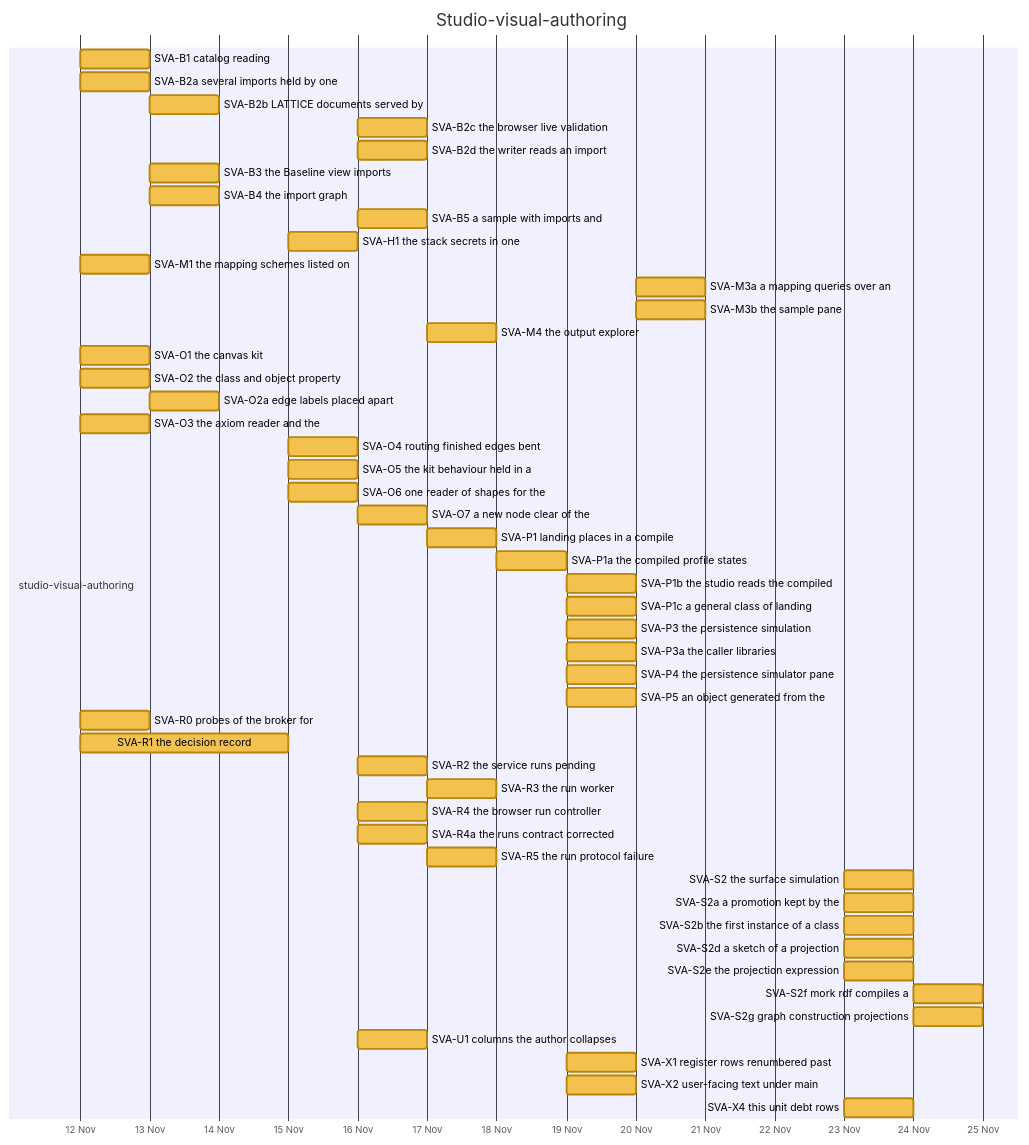
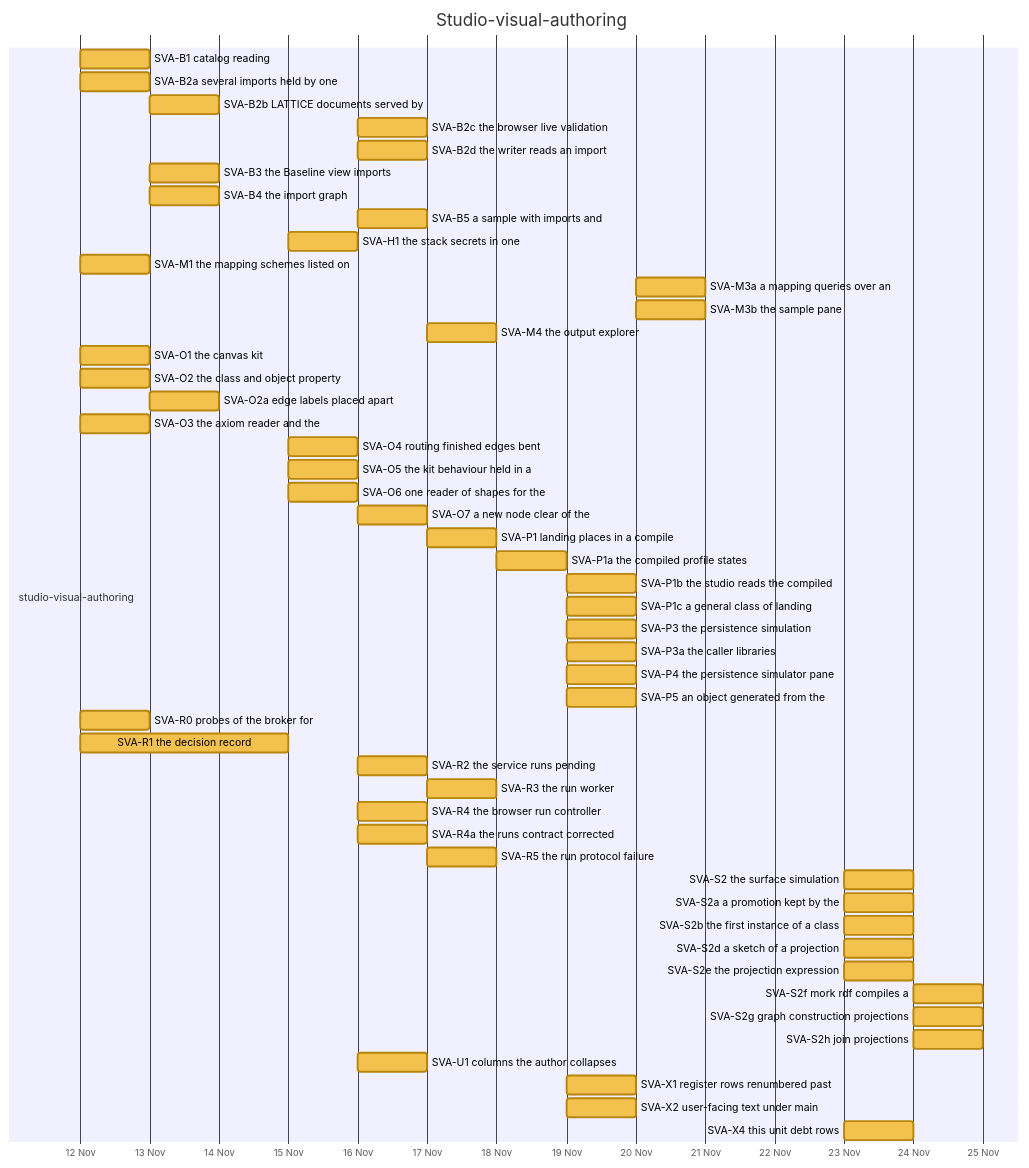
Before and after one commit to nebularis/lattice: diagram 16 of 32 in docs/developer/ROADMAP.md, drawn with Mermaid. The commit also changed other lines of this file, not shown here.

First line of the commit message:
[studio-visual-authoring] Refresh the roadmap's generated sections after SVA-S2h

````diff
--- a/docs/developer/ROADMAP.md
+++ b/docs/developer/ROADMAP.md
@@ -482,55 +482,56 @@
 ```mermaid
 %%{init: {"themeVariables": {"taskBkgColor": "#f2c14e", "taskBorderColor": "#b8860b", "taskTextColor": "#000000", "activeTaskBkgColor": "#4e9af1", "activeTaskBorderColor": "#1f5fbf", "activeTaskBorderColor": "#1f5fbf", "doneTaskBkgColor": "#8fcf8f", "doneTaskBorderColor": "#2f7d32", "critBkgColor": "#f28b82", "critBorderColor": "#b23a30", "taskTextDarkColor": "#000000", "taskTextLightColor": "#000000"}}}%%
 gantt
     title Studio-visual-authoring
     dateFormat YYYY-MM-DD
     axisFormat %d %b
     section studio-visual-authoring
     SVA-B1 catalog reading :svab1, 2026-11-12, 2026-11-13
     SVA-B2a several imports held by one :svab2a, 2026-11-12, 2026-11-13
     SVA-B2b LATTICE documents served by :svab2b, 2026-11-13, 2026-11-14
     SVA-B2c the browser live validation :svab2c, 2026-11-16, 2026-11-17
     SVA-B2d the writer reads an import :svab2d, 2026-11-16, 2026-11-17
     SVA-B3 the Baseline view imports :svab3, 2026-11-13, 2026-11-14
     SVA-B4 the import graph :svab4, 2026-11-13, 2026-11-14
     SVA-B5 a sample with imports and :svab5, 2026-11-16, 2026-11-17
     SVA-H1 the stack secrets in one :svah1, 2026-11-15, 2026-11-16
     SVA-M1 the mapping schemes listed on :svam1, 2026-11-12, 2026-11-13
     SVA-M3a a mapping queries over an :svam3a, 2026-11-20, 2026-11-21
     SVA-M3b the sample pane :svam3b, 2026-11-20, 2026-11-21
     SVA-M4 the output explorer :svam4, 2026-11-17, 2026-11-18
     SVA-O1 the canvas kit :svao1, 2026-11-12, 2026-11-13
     SVA-O2 the class and object property :svao2, 2026-11-12, 2026-11-13
     SVA-O2a edge labels placed apart :svao2a, 2026-11-13, 2026-11-14
     SVA-O3 the axiom reader and the :svao3, 2026-11-12, 2026-11-13
     SVA-O4 routing finished edges bent :svao4, 2026-11-15, 2026-11-16
     SVA-O5 the kit behaviour held in a :svao5, 2026-11-15, 2026-11-16
     SVA-O6 one reader of shapes for the :svao6, 2026-11-15, 2026-11-16
     SVA-O7 a new node clear of the :svao7, 2026-11-16, 2026-11-17
     SVA-P1 landing places in a compile :svap1, 2026-11-17, 2026-11-18
     SVA-P1a the compiled profile states :svap1a, 2026-11-18, 2026-11-19
     SVA-P1b the studio reads the compiled :svap1b, 2026-11-19, 2026-11-20
     SVA-P1c a general class of landing :svap1c, 2026-11-19, 2026-11-20
     SVA-P3 the persistence simulation :svap3, 2026-11-19, 2026-11-20
     SVA-P3a the caller libraries :svap3a, 2026-11-19, 2026-11-20
     SVA-P4 the persistence simulator pane :svap4, 2026-11-19, 2026-11-20
     SVA-P5 an object generated from the :svap5, 2026-11-19, 2026-11-20
     SVA-R0 probes of the broker for :svar0, 2026-11-12, 2026-11-13
     SVA-R1 the decision record :svar1, 2026-11-12, 2026-11-15
     SVA-R2 the service runs pending :svar2, 2026-11-16, 2026-11-17
     SVA-R3 the run worker :svar3, 2026-11-17, 2026-11-18
     SVA-R4 the browser run controller :svar4, 2026-11-16, 2026-11-17
     SVA-R4a the runs contract corrected :svar4a, 2026-11-16, 2026-11-17
     SVA-R5 the run protocol failure :svar5, 2026-11-17, 2026-11-18
     SVA-S2 the surface simulation :svas2, 2026-11-23, 2026-11-24
     SVA-S2a a promotion kept by the :svas2a, 2026-11-23, 2026-11-24
     SVA-S2b the first instance of a class :svas2b, 2026-11-23, 2026-11-24
     SVA-S2d a sketch of a projection :svas2d, 2026-11-23, 2026-11-24
     SVA-S2e the projection expression :svas2e, 2026-11-23, 2026-11-24
     SVA-S2f mork rdf compiles a :svas2f, 2026-11-24, 2026-11-25
     SVA-S2g graph construction projections :svas2g, 2026-11-24, 2026-11-25
+    SVA-S2h join projections :svas2h, 2026-11-24, 2026-11-25
     SVA-U1 columns the author collapses :svau1, 2026-11-16, 2026-11-17
     SVA-X1 register rows renumbered past :svax1, 2026-11-19, 2026-11-20
     SVA-X2 user-facing text under main :svax2, 2026-11-19, 2026-11-20
     SVA-X4 this unit debt rows :svax4, 2026-11-23, 2026-11-24
 ```
````
